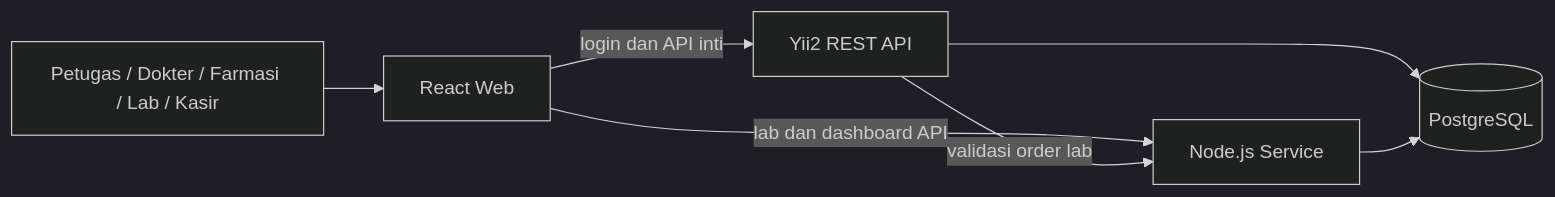
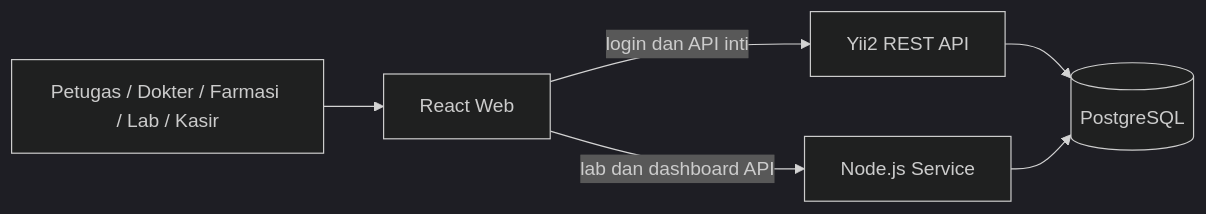
The diagram in docs/arsitektur.md (moronturtle/simrs-yii-node-react), drawn with Mermaid (dark theme) before and after one commit. The commit also changed other lines of this file and 24 other files, not shown here.

````diff
--- a/docs/arsitektur.md
+++ b/docs/arsitektur.md
@@ -16,9 +16,8 @@
 ```mermaid
 flowchart LR
     user[Petugas / Dokter / Farmasi / Lab / Kasir] --> web[React Web]
     web -->|login dan API inti| yii[Yii2 REST API]
     web -->|lab dan dashboard API| node[Node.js Service]
-    yii -->|validasi order lab| node
     yii --> db[(PostgreSQL)]
     node --> db
 ```
````
